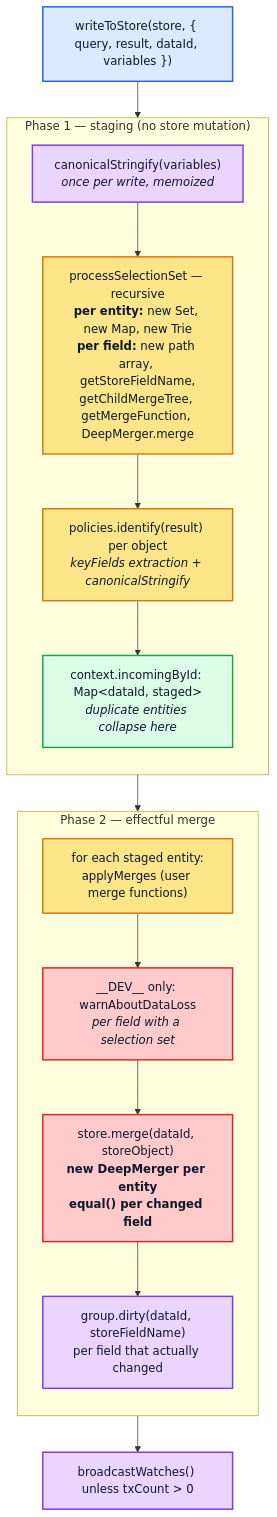
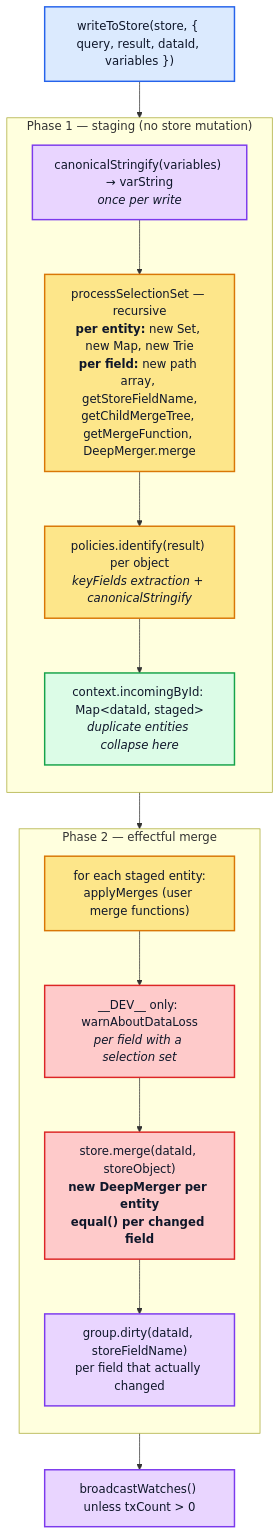
The fourth of 14 diagrams in docs/apollo-client-inmemory-cache-performance.md (convict-git/fast-gql-cache-rs), drawn with Mermaid before and after one commit. The commit also changed other lines of this file and 1 other file, not shown here.

````diff
--- a/docs/apollo-client-inmemory-cache-performance.md
+++ b/docs/apollo-client-inmemory-cache-performance.md
@@ -170,30 +194,30 @@
 ```mermaid
 flowchart TB
     START["writeToStore(store, { query, result, dataId, variables })"]:::api
 
     subgraph phase1["Phase 1 — staging (no store mutation)"]
         direction TB
-        P1A["canonicalStringify(variables)<br/><i>once per write, memoized</i>"]:::memo
+        P1A["canonicalStringify(variables) → varString<br/><i>once per write</i>"]:::memo
         P1B["processSelectionSet — recursive<br/><b>per entity:</b> new Set, new Map, new Trie<br/><b>per field:</b> new path array, getStoreFieldName,<br/>getChildMergeTree, getMergeFunction, DeepMerger.merge"]:::write
         P1C["policies.identify(result) per object<br/><i>keyFields extraction + canonicalStringify</i>"]:::write
         P1D["context.incomingById: Map&lt;dataId, staged&gt;<br/><i>duplicate entities collapse here</i>"]:::store
         P1A --> P1B --> P1C --> P1D
     end
 
     subgraph phase2["Phase 2 — effectful merge"]
         direction TB
         P2A["for each staged entity:<br/>applyMerges (user merge functions)"]:::write
         P2B["__DEV__ only: warnAboutDataLoss<br/><i>per field with a selection set</i>"]:::dirty
         P2C["store.merge(dataId, storeObject)<br/><b>new DeepMerger per entity</b><br/><b>equal() per changed field</b>"]:::dirty
         P2D["group.dirty(dataId, storeFieldName)<br/>per field that actually changed"]:::memo
         P2A --> P2B --> P2C --> P2D
     end
 
     START --> phase1 --> phase2 --> BC["broadcastWatches() unless txCount &gt; 0"]:::memo
 
     classDef api fill:#dbeafe,stroke:#2563eb,stroke-width:2px,color:#0f172a
     classDef write fill:#fde68a,stroke:#d97706,stroke-width:2px,color:#0f172a
     classDef store fill:#dcfce7,stroke:#16a34a,stroke-width:2px,color:#0f172a
     classDef memo fill:#e9d5ff,stroke:#7c3aed,stroke-width:2px,color:#0f172a
     classDef dirty fill:#fecaca,stroke:#dc2626,stroke-width:2px,color:#0f172a
 ```
````
